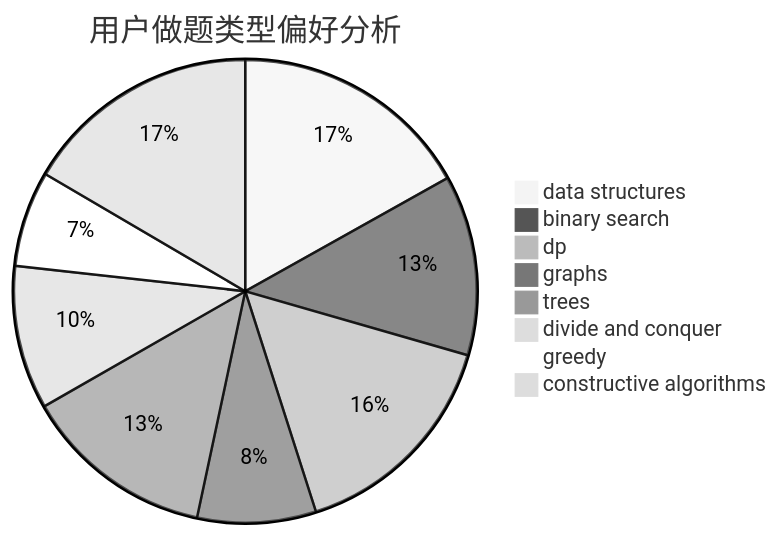
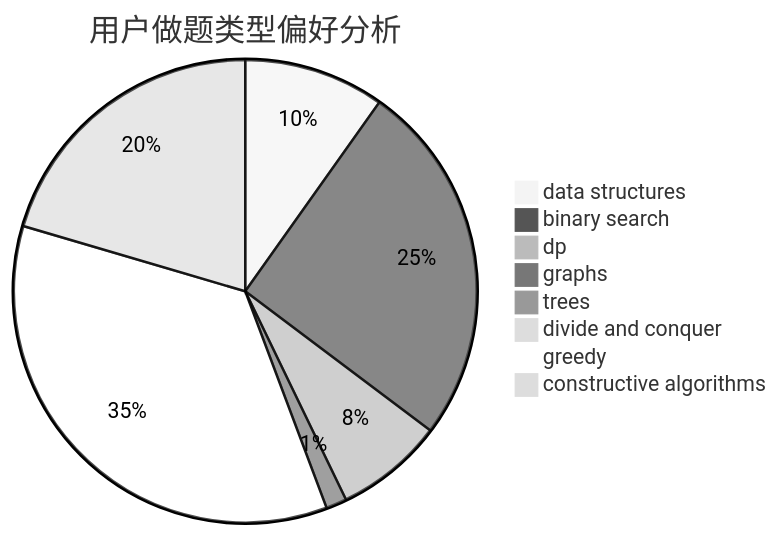
One commit to sherpahu/cfrs.github.io changed the second of 3 diagrams in docs/user/u247.md. Above: the diagram before and after it, drawn with Mermaid (neutral theme). The commit also changed other lines of this file and 2770 other files, not shown here.

````diff
--- a/docs/user/u247.md
+++ b/docs/user/u247.md
@@ -23,11 +23,11 @@
 ```mermaid
 pie title 用户做题类型偏好分析
-    "data structures" :  106
-    "binary search" :  79
-    "dp" :  98
-    "graphs" :  52
-    "trees" :  84
-    "divide and conquer" :  63
-    "greedy" :  42
-    "constructive algorithms" :  104
+    "data structures" :  61
+    "binary search" :  158
+    "dp" :  47
+    "graphs" :  9
+    "trees" :  4
+    "divide and conquer" :  0
+    "greedy" :  219
+    "constructive algorithms" :  127
 ```
````
